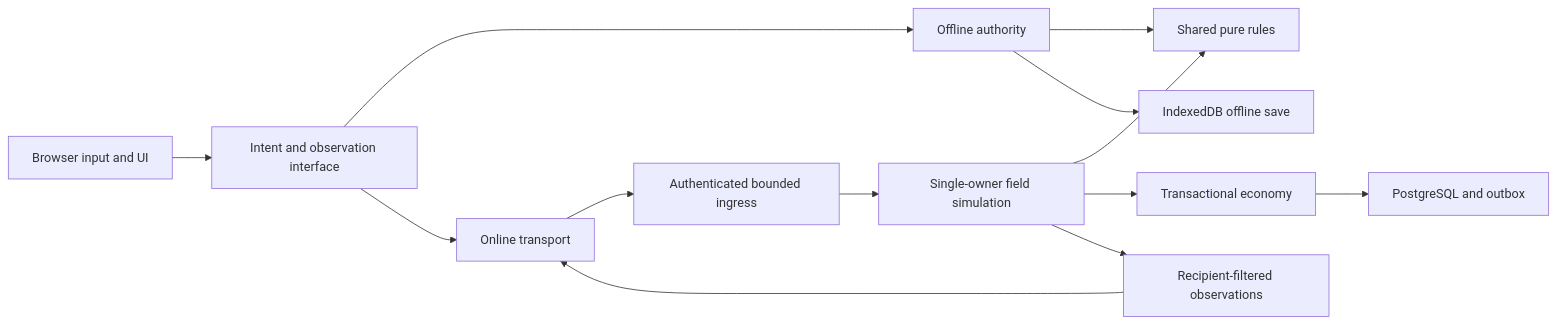
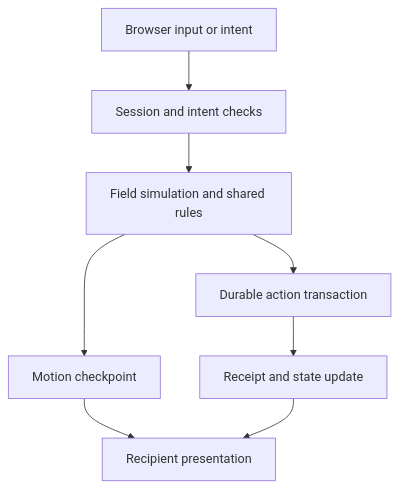
One commit to Thovenaar/openms changed the diagram in docs/server/protocol.md. Above: the diagram before and after it, drawn with Mermaid. The commit also changed other lines of this file and 44 other files, not shown here.

````diff
--- a/docs/server/protocol.md
+++ b/docs/server/protocol.md
@@ -47,15 +47,10 @@
 ```mermaid
-flowchart LR
-  UI[Browser input and UI] --> Port[Intent and observation interface]
-  Port --> Local[Offline authority]
-  Port --> Network[Online transport]
-  Network --> Gate[Authenticated bounded ingress]
-  Gate --> Field[Single-owner field simulation]
-  Field --> Rules[Shared pure rules]
-  Local --> Rules
-  Local --> IDB[IndexedDB offline save]
-  Field --> Economy[Transactional economy]
-  Economy --> DB[PostgreSQL and outbox]
-  Field --> View[Recipient-filtered observations]
-  View --> Network
+flowchart TD
+  Input[Browser input or intent] --> Gate[Session and intent checks]
+  Gate --> Field[Field simulation and shared rules]
+  Field --> Motion[Motion checkpoint]
+  Field --> DB[Durable action transaction]
+  DB --> Receipt[Receipt and state update]
+  Motion --> View[Recipient presentation]
+  Receipt --> View
 ```
````
